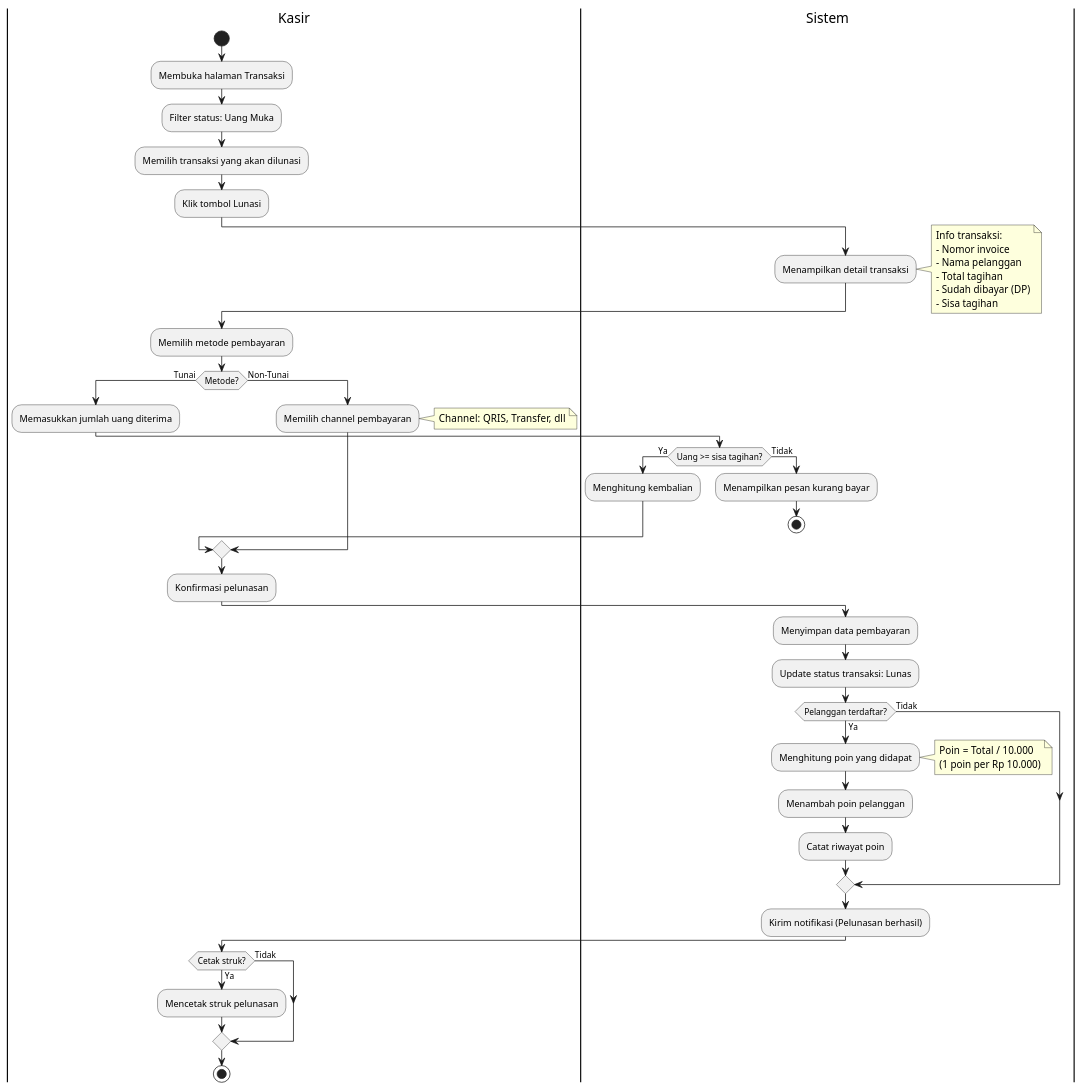
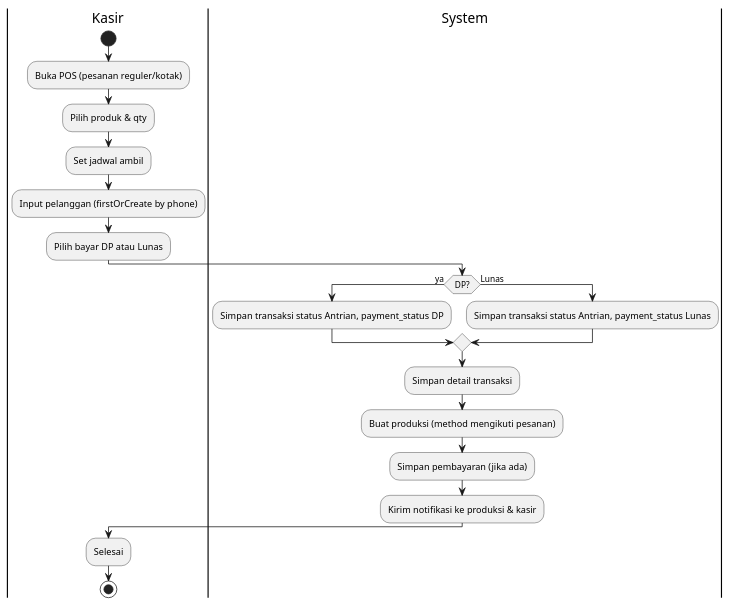
Before and after one commit to pawon3d/pawon3d: the fourth of 9 diagrams in docs/diagrams/02_ACTIVITY_DIAGRAM.md, drawn with PlantUML. The commit also changed other lines of this file and 155 other files, not shown here.

````diff
--- a/docs/diagrams/02_ACTIVITY_DIAGRAM.md
+++ b/docs/diagrams/02_ACTIVITY_DIAGRAM.md
@@ -345,74 +133,24 @@
 ```plantuml
-@startuml Activity Diagram - Proses Pelunasan Pembayaran
-
+@startuml Activity - Transaksi Pesanan
 |Kasir|
 start
-:Membuka halaman Transaksi;
-:Filter status: Uang Muka;
-
-:Memilih transaksi yang akan dilunasi;
-:Klik tombol Lunasi;
-
-|Sistem|
-:Menampilkan detail transaksi;
-note right
-  Info transaksi:
-  - Nomor invoice
-  - Nama pelanggan
-  - Total tagihan
-  - Sudah dibayar (DP)
-  - Sisa tagihan
-end note
-
+:Buka POS (pesanan reguler/kotak);
+:Pilih produk & qty;
+:Set jadwal ambil;
+:Input pelanggan (firstOrCreate by phone);
+:Pilih bayar DP atau Lunas;
+|System|
+if (DP?) then (ya)
+    :Simpan transaksi status Antrian, payment_status DP;
+else (Lunas)
+    :Simpan transaksi status Antrian, payment_status Lunas;
+endif
+:Simpan detail transaksi;
+:Buat produksi (method mengikuti pesanan);
+:Simpan pembayaran (jika ada);
+:Kirim notifikasi ke produksi & kasir;
 |Kasir|
-:Memilih metode pembayaran;
-
-if (Metode?) then (Tunai)
-    :Memasukkan jumlah uang diterima;
-
-    |Sistem|
-    if (Uang >= sisa tagihan?) then (Ya)
-        :Menghitung kembalian;
-    else (Tidak)
-        :Menampilkan pesan kurang bayar;
-        stop
-    endif
-
-else (Non-Tunai)
-    |Kasir|
-    :Memilih channel pembayaran;
-    note right
-      Channel: QRIS, Transfer, dll
-    end note
-endif
-
-|Kasir|
-:Konfirmasi pelunasan;
-
-|Sistem|
-:Menyimpan data pembayaran;
-:Update status transaksi: Lunas;
-
-if (Pelanggan terdaftar?) then (Ya)
-    :Menghitung poin yang didapat;
-    note right
-      Poin = Total / 10.000
-      (1 poin per Rp 10.000)
-    end note
-    :Menambah poin pelanggan;
-    :Catat riwayat poin;
-else (Tidak)
-endif
-
-:Kirim notifikasi (Pelunasan berhasil);
-
-|Kasir|
-if (Cetak struk?) then (Ya)
-    :Mencetak struk pelunasan;
-else (Tidak)
-endif
-
+:Selesai;
 stop
-
 @enduml
 ```
````
